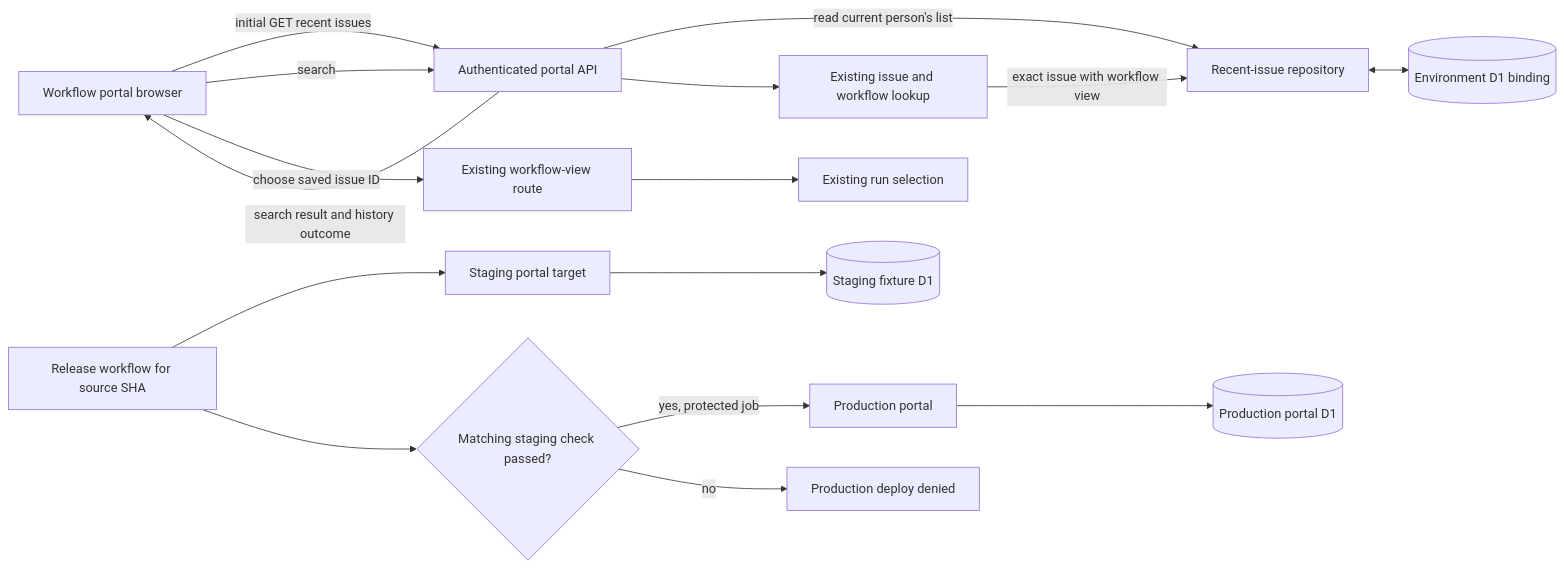
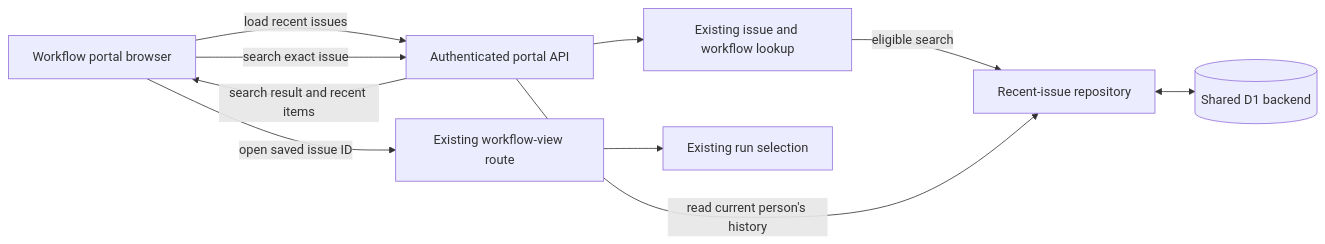
Before and after one commit to sachinkundu/deos: the diagram in openspec/changes/sac-161/design.md, drawn with Mermaid. The commit also changed other lines of this file, not shown here.

Commit message:
DEOS planning manifest workflow:2a653831-c1ec-4db7-972a-d0d08ac0a3d8:096ce85d-9c56-4faa-ad74-ef8055bafc91:run:1:system_action:publish_design_revision:github.publish_design_candidate:a70504072fdde33c0d6df0f0681c886f355104dd6b31390b951307235e4a4e54:28

````diff
--- a/openspec/changes/sac-161/design.md
+++ b/openspec/changes/sac-161/design.md
@@ -20,27 +18,20 @@
 ```mermaid
 flowchart LR
     B[Workflow portal browser]
     A[Authenticated portal API]
     L[Existing issue and workflow lookup]
     H[Recent-issue repository]
-    D[(Environment D1 binding)]
+    D[(Shared D1 backend)]
     V[Existing workflow-view route]
     R[Existing run selection]
 
-    B -->|initial GET recent issues| A
-    A -->|read current person's list| H
-    B -->|search| A
+    B -->|load recent issues| A
+    B -->|search exact issue| A
     A --> L
-    L -->|exact issue with workflow view| H
+    L -->|eligible search| H
+    A -->|read current person's history| H
     H <--> D
-    A -->|search result and history outcome| B
-    B -->|choose saved issue ID| V
+    A -->|search result and recent items| B
+    B -->|open saved issue ID| V
     V --> R
-
-    C[Release workflow for source SHA] --> S[Staging portal target]
-    S --> SD[(Staging fixture D1)]
-    C --> G{Matching staging check passed?}
-    G -->|yes, protected job| P[Production portal]
-    G -->|no| X[Production deploy denied]
-    P --> PD[(Production portal D1)]
 ```
````
